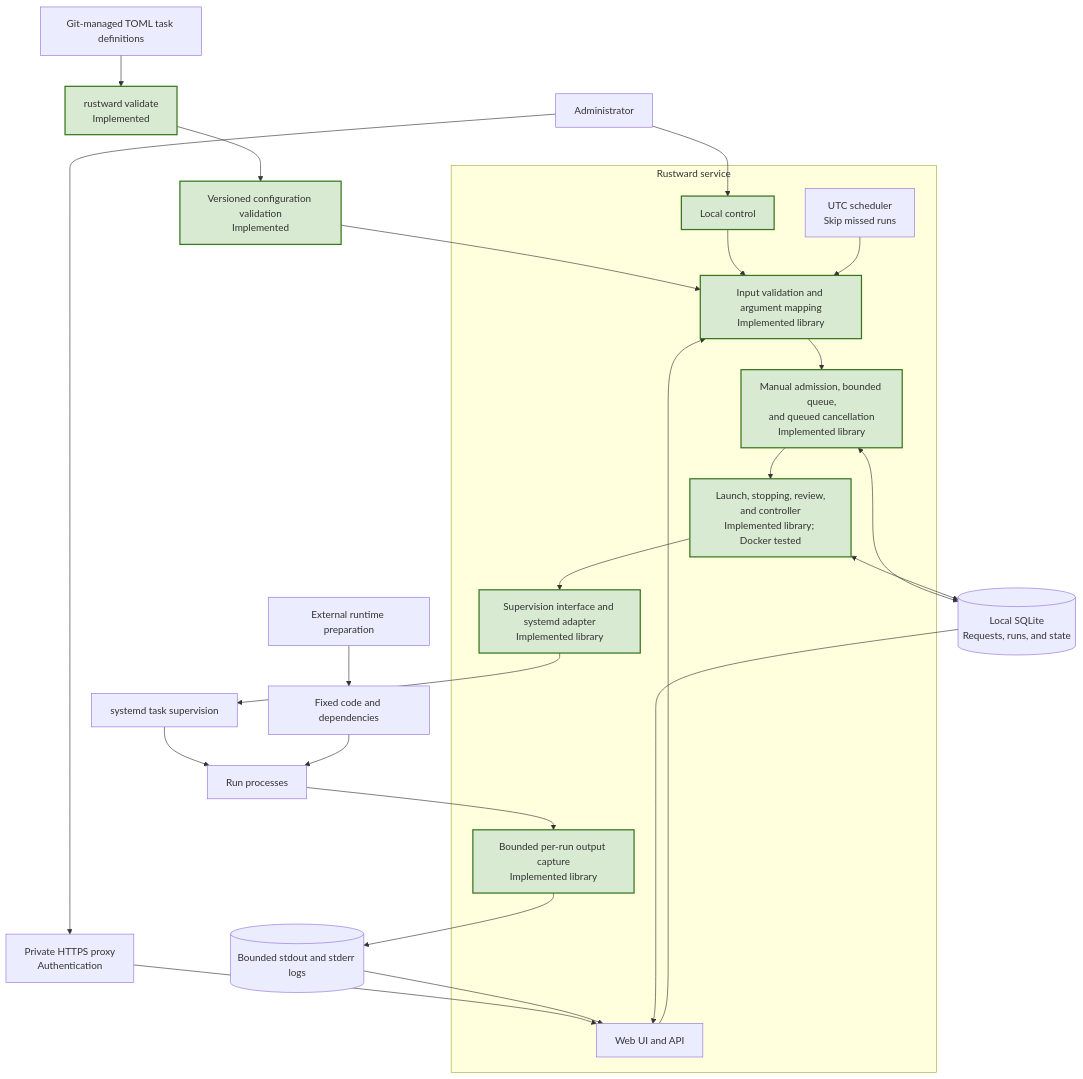
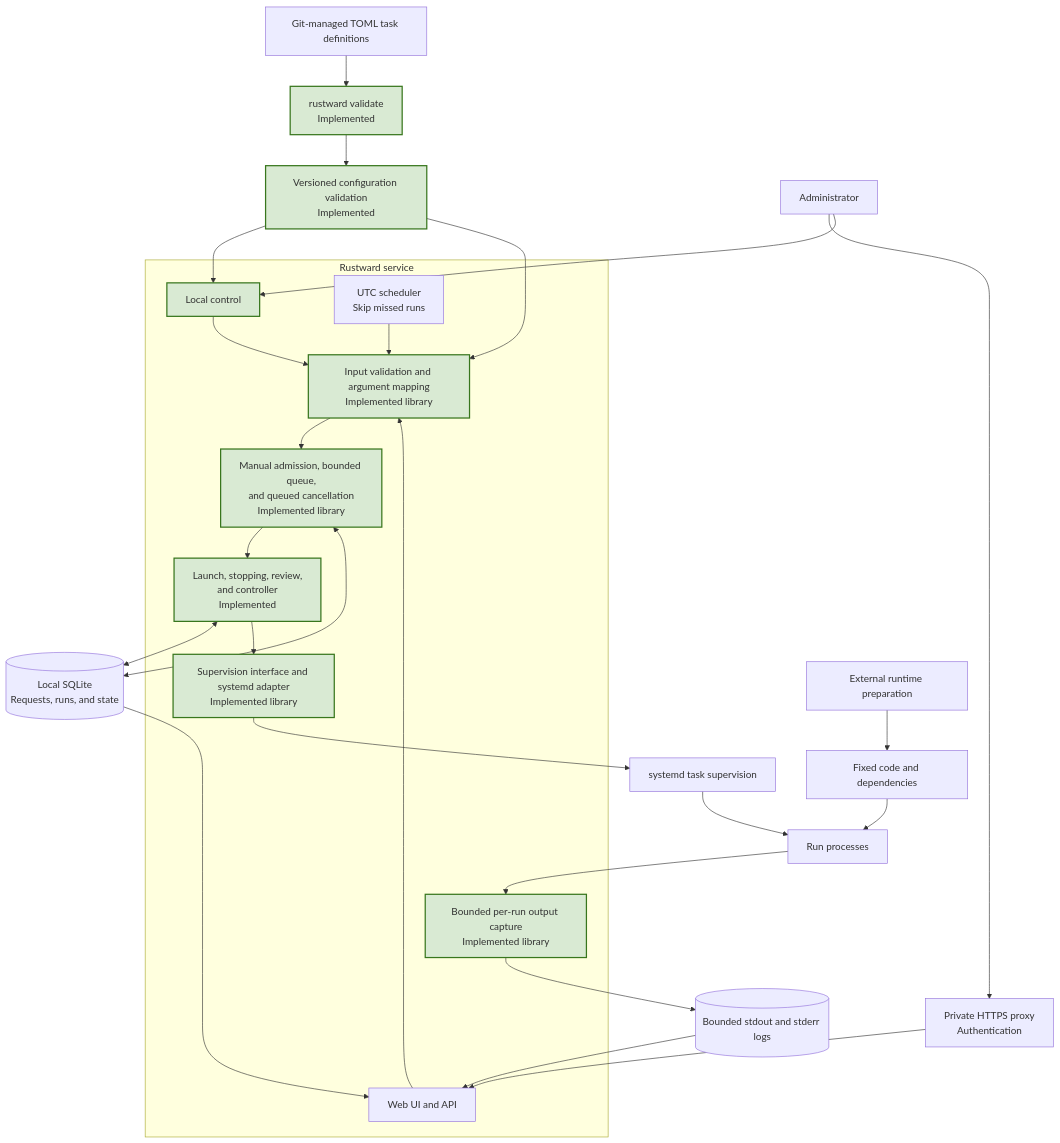
Before and after one commit to chrizpower/rustward: the diagram in docs/ARCHITECTURE.md, drawn with Mermaid. The commit also changed other lines of this file and 32 other files, not shown here.

````diff
--- a/docs/ARCHITECTURE.md
+++ b/docs/ARCHITECTURE.md
@@ -14,48 +10,49 @@
 ```mermaid
 flowchart TB
     Git["Git-managed TOML task definitions"]
     CLI["rustward validate<br/>Implemented"]
     Config["Versioned configuration validation<br/>Implemented"]
 
     Admin["Administrator"]
     Proxy["Private HTTPS proxy<br/>Authentication"]
 
     subgraph Service["Rustward service"]
         Control["Local control"]
         UI["Web UI and API"]
         Cron["UTC scheduler<br/>Skip missed runs"]
         Inputs["Input validation and argument mapping<br/>Implemented library"]
         Queue["Manual admission, bounded queue,<br/>and queued cancellation<br/>Implemented library"]
-        Dispatch["Launch, stopping, review,<br/>and controller<br/>Implemented library; Docker tested"]
+        Dispatch["Launch, stopping, review,<br/>and controller<br/>Implemented"]
         Adapter["Supervision interface and systemd adapter<br/>Implemented library"]
         Capture["Bounded per-run output capture<br/>Implemented library"]
     end
 
     DB[("Local SQLite<br/>Requests, runs, and state")]
     Prepare["External runtime preparation"]
     Runtime["Fixed code and dependencies"]
     Systemd["systemd task supervision"]
     Task["Run processes"]
     Logs[("Bounded stdout and stderr logs")]
 
     Git --> CLI --> Config
+    Config --> Control
     Config --> Inputs
 
     Admin --> Proxy --> UI
     Admin --> Control --> Inputs
     UI --> Inputs
     Cron --> Inputs
     Inputs --> Queue --> Dispatch
     Queue <--> DB
     Dispatch <--> DB
 
     Prepare --> Runtime
     Dispatch --> Adapter --> Systemd --> Task
     Runtime --> Task
     Task --> Capture --> Logs
     Logs --> UI
     DB --> UI
 
     classDef implemented fill:#d9ead3,stroke:#38761d,stroke-width:2px
     class CLI,Config,Control,Inputs,Queue,Dispatch,Adapter,Capture implemented
 ```
````
